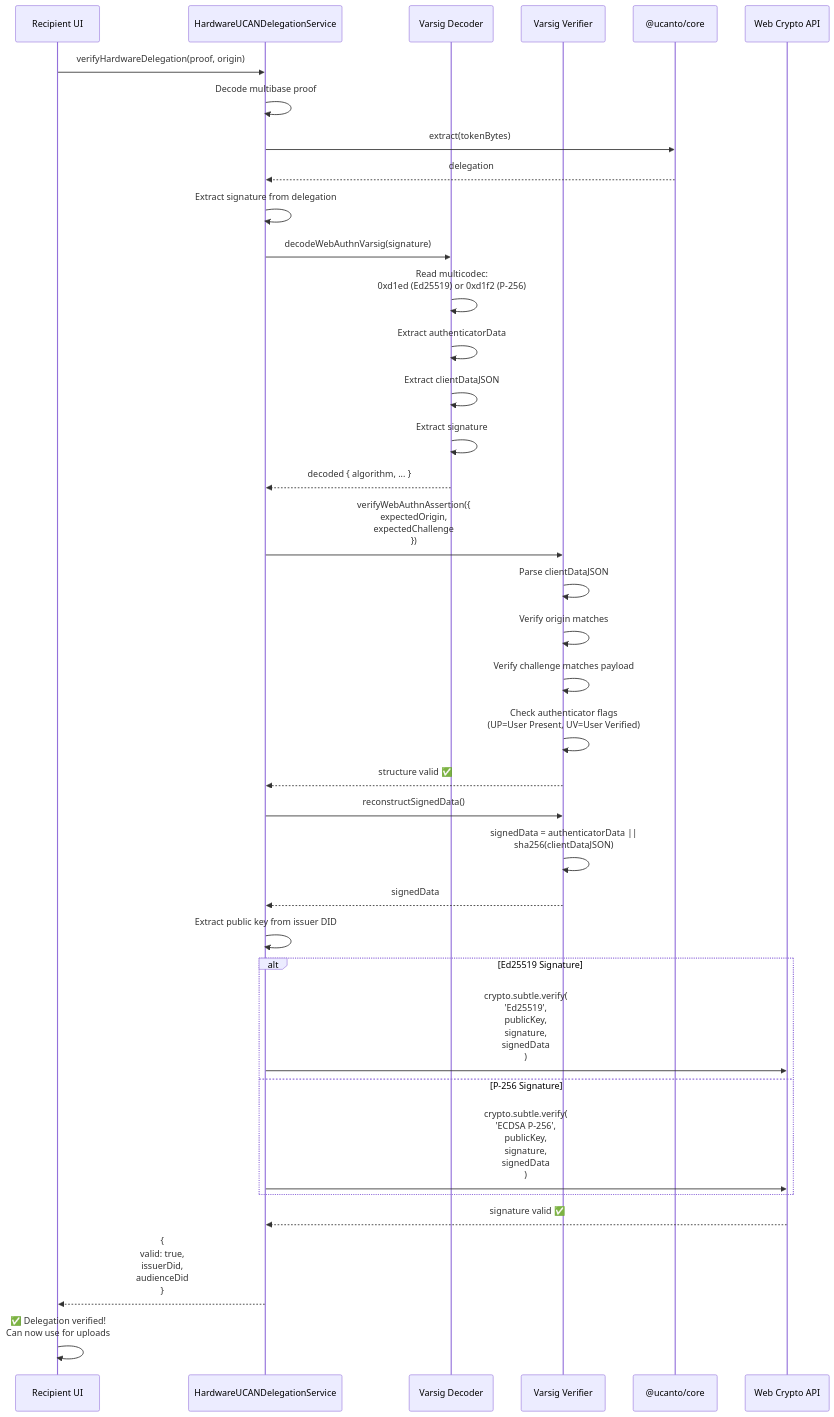
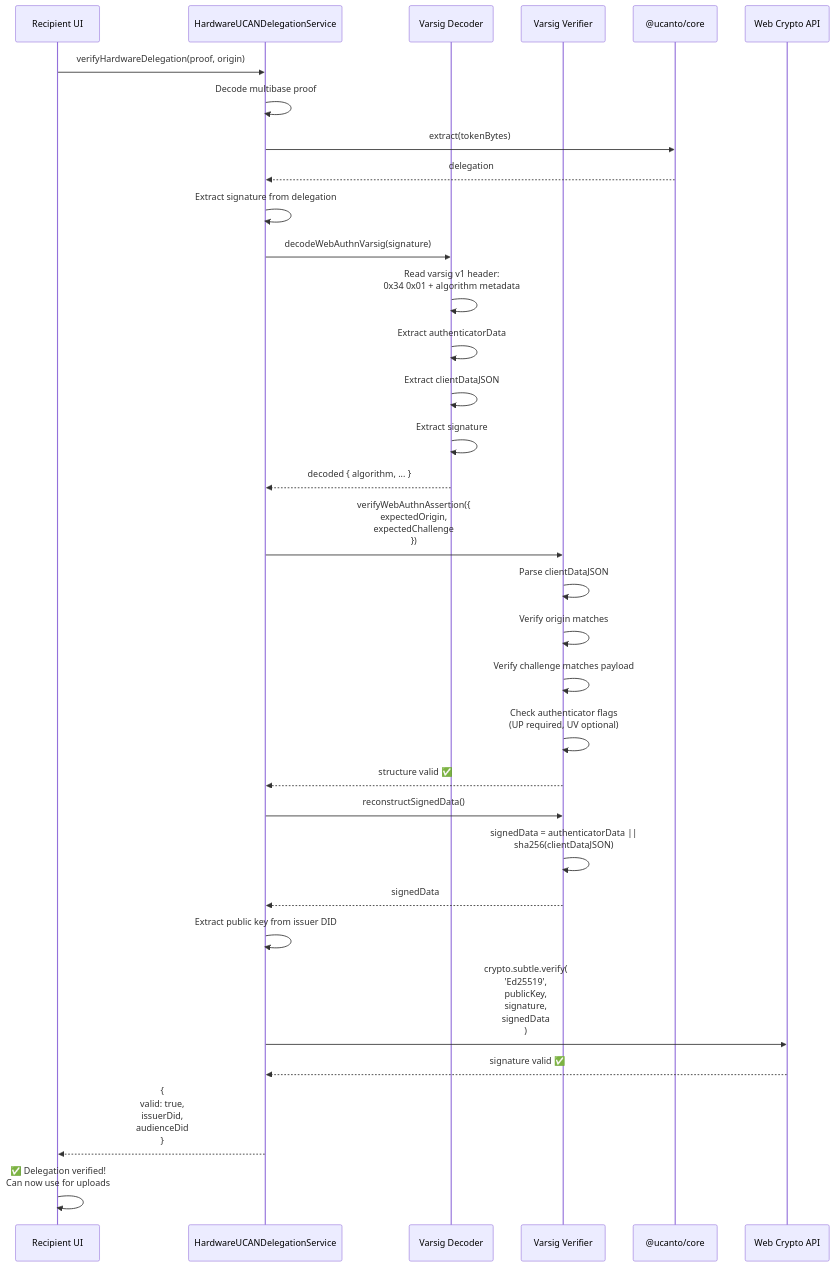
Before and after one commit to NiKrause/ucan-upload-wall: the fifth of 13 diagrams in docs/ARCHITECTURE_FLOW.md, drawn with Mermaid. The commit also changed other lines of this file and 6 other files, not shown here.

Commit message:
docs: update varsig v1 hardware-first guidance

````diff
--- a/docs/ARCHITECTURE_FLOW.md
+++ b/docs/ARCHITECTURE_FLOW.md
@@ -288,49 +274,45 @@
 ```mermaid
 sequenceDiagram
     participant RecipientUI as Recipient UI
     participant HardwareService as HardwareUCANDelegationService
     participant VarsigDecoder as Varsig Decoder
     participant VarsigVerifier as Varsig Verifier
     participant Ucanto as @ucanto/core
     participant WebCrypto as Web Crypto API
 
     RecipientUI->>HardwareService: verifyHardwareDelegation(proof, origin)
     
     HardwareService->>HardwareService: Decode multibase proof
     HardwareService->>Ucanto: extract(tokenBytes)
     Ucanto-->>HardwareService: delegation
     
     HardwareService->>HardwareService: Extract signature from delegation
     HardwareService->>VarsigDecoder: decodeWebAuthnVarsig(signature)
     
-    VarsigDecoder->>VarsigDecoder: Read multicodec:<br/>0xd1ed (Ed25519) or 0xd1f2 (P-256)
+    VarsigDecoder->>VarsigDecoder: Read varsig v1 header:<br/>0x34 0x01 + algorithm metadata
     VarsigDecoder->>VarsigDecoder: Extract authenticatorData
     VarsigDecoder->>VarsigDecoder: Extract clientDataJSON
     VarsigDecoder->>VarsigDecoder: Extract signature
     VarsigDecoder-->>HardwareService: decoded { algorithm, ... }
     
     HardwareService->>VarsigVerifier: verifyWebAuthnAssertion({<br/>  expectedOrigin,<br/>  expectedChallenge<br/>})
     
     VarsigVerifier->>VarsigVerifier: Parse clientDataJSON
     VarsigVerifier->>VarsigVerifier: Verify origin matches
     VarsigVerifier->>VarsigVerifier: Verify challenge matches payload
-    VarsigVerifier->>VarsigVerifier: Check authenticator flags<br/>(UP=User Present, UV=User Verified)
+    VarsigVerifier->>VarsigVerifier: Check authenticator flags<br/>(UP required, UV optional)
     VarsigVerifier-->>HardwareService: structure valid ✅
     
     HardwareService->>VarsigVerifier: reconstructSignedData()
     VarsigVerifier->>VarsigVerifier: signedData = authenticatorData ||<br/>                 sha256(clientDataJSON)
     VarsigVerifier-->>HardwareService: signedData
     
     HardwareService->>HardwareService: Extract public key from issuer DID
     
-    alt Ed25519 Signature
-        HardwareService->>WebCrypto: crypto.subtle.verify(<br/>  'Ed25519',<br/>  publicKey,<br/>  signature,<br/>  signedData<br/>)
-    else P-256 Signature
-        HardwareService->>WebCrypto: crypto.subtle.verify(<br/>  'ECDSA P-256',<br/>  publicKey,<br/>  signature,<br/>  signedData<br/>)
-    end
+    HardwareService->>WebCrypto: crypto.subtle.verify(<br/>  'Ed25519',<br/>  publicKey,<br/>  signature,<br/>  signedData<br/>)
     
     WebCrypto-->>HardwareService: signature valid ✅
     
     HardwareService-->>RecipientUI: {<br/>  valid: true,<br/>  issuerDid,<br/>  audienceDid<br/>}
     RecipientUI->>RecipientUI: ✅ Delegation verified!<br/>Can now use for uploads
 ```
````
